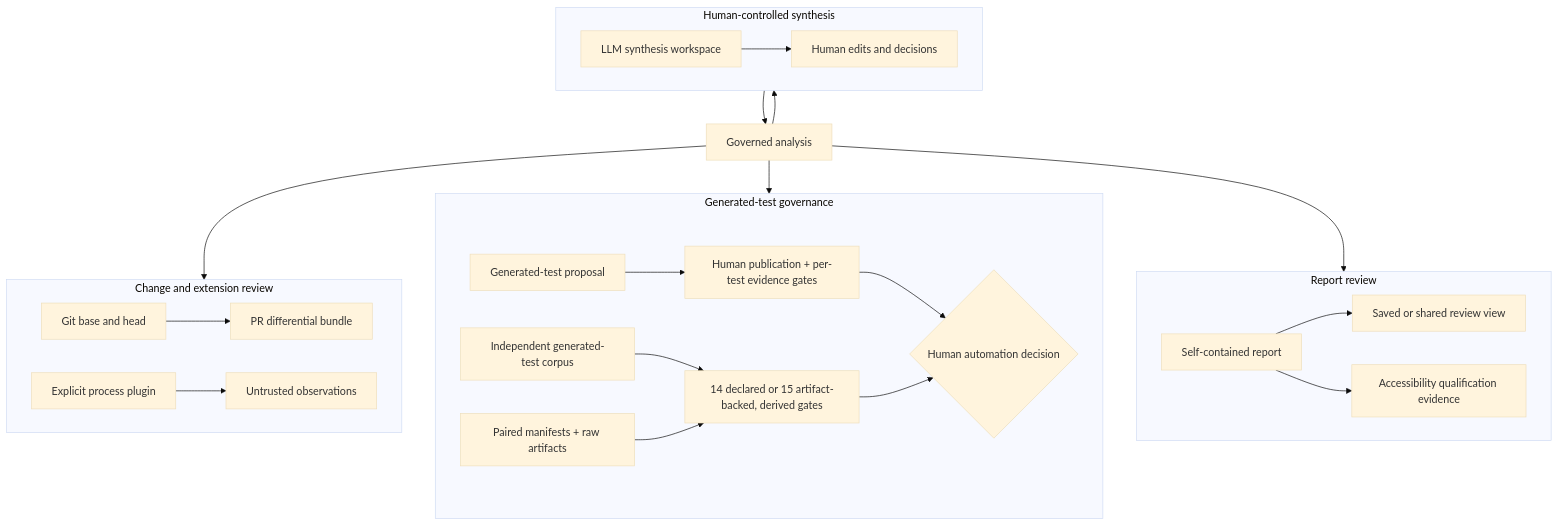
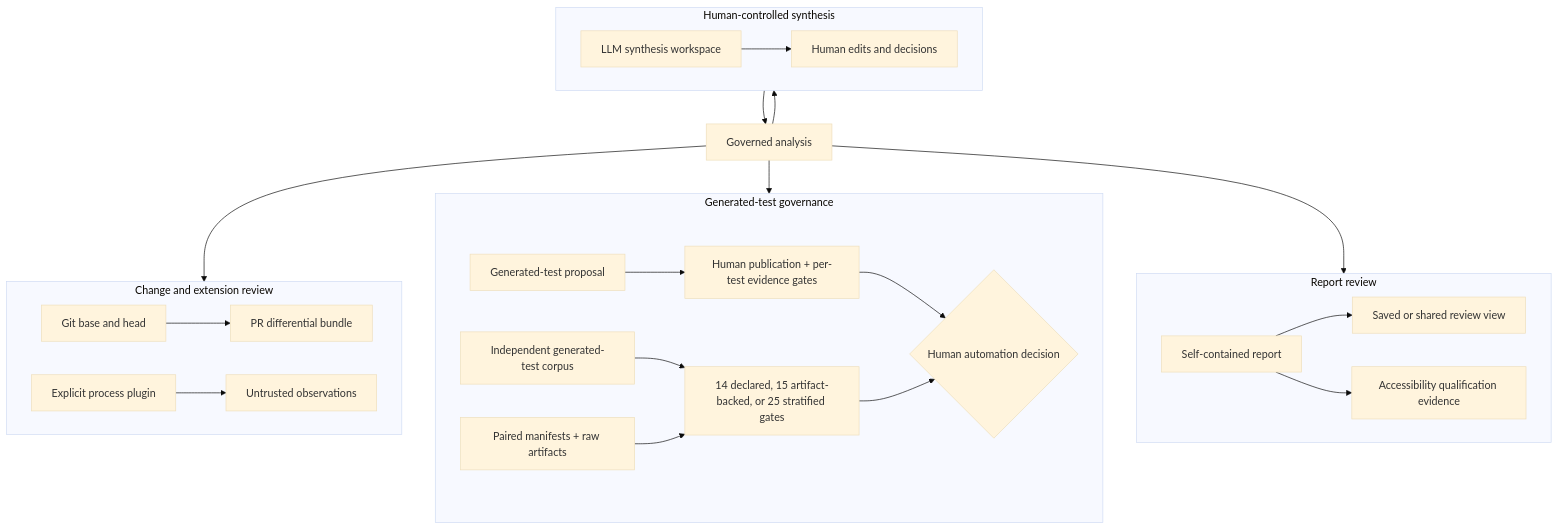
The diagram in docs/ADVANCED_REVIEW.md (willtran87/project-py-sfmea), drawn with Mermaid (base theme) before and after one commit. The commit also changed 25 other files, not shown here.

Commit message:
Add stratified generated-test qualification

````diff
--- a/docs/ADVANCED_REVIEW.md
+++ b/docs/ADVANCED_REVIEW.md
@@ -6,31 +6,31 @@
 ```mermaid
 flowchart TB
     A["Governed analysis"]
     subgraph REPORT["Report review"]
         direction LR
         R["Self-contained report"] --> V["Saved or shared review view"]
         R --> Q["Accessibility qualification evidence"]
     end
     subgraph SYNTHESIS["Human-controlled synthesis"]
         direction LR
         L["LLM synthesis workspace"] --> H["Human edits and decisions"]
     end
     subgraph TESTS["Generated-test governance"]
         direction LR
         T["Generated-test proposal"] --> E["Human publication + per-test evidence gates"]
-        C["Independent generated-test corpus"] --> M["14 declared or 15 artifact-backed, derived gates"]
+        C["Independent generated-test corpus"] --> M["14 declared, 15 artifact-backed, or 25 stratified gates"]
         F["Paired manifests + raw artifacts"] --> M
         E --> D{"Human automation decision"}
         M --> D
     end
     subgraph EXTENSIONS["Change and extension review"]
         direction LR
         G["Git base and head"] --> P["PR differential bundle"]
         X["Explicit process plugin"] --> O["Untrusted observations"]
     end
     A --> R
     A --> L
     H --> A
     A --> T
     A --> X
 ```
````
